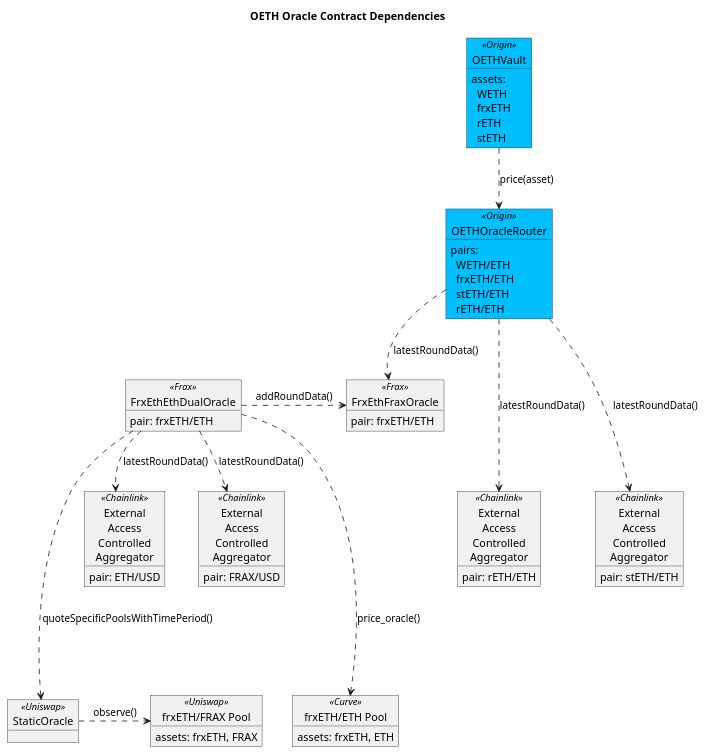
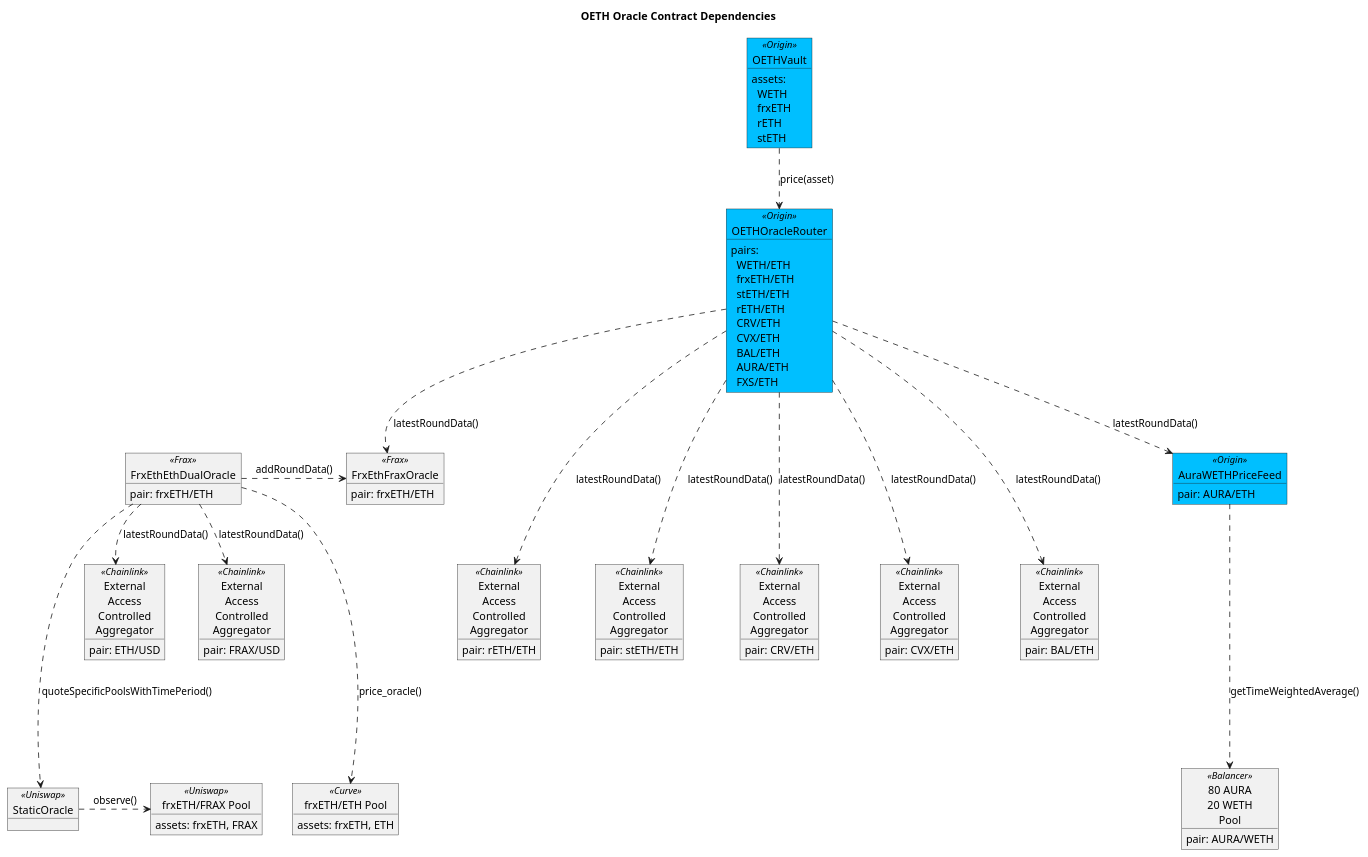
The diagram in contracts/docs/plantuml/oethOracles.puml (OriginProtocol/origin-dollar), drawn with PlantUML before and after one commit. The commit also changed 1 other file, not shown here.

Commit message:
Added CRV, CVX, BAL and Aura prices to OETH Oracle contract dependencies

```diff
--- a/contracts/docs/plantuml/oethOracles.puml
+++ b/contracts/docs/plantuml/oethOracles.puml
@@ -1,70 +1,101 @@
 @startuml
 
 skinparam tabSize 2
 
 title "OETH Oracle Contract Dependencies"
 
 object "OETHVault" as vault <<Origin>> #DeepSkyBlue {
 assets:
     \tWETH
     \tfrxETH
     \trETH
     \tstETH
 }
 
 object "OETHOracleRouter" as router <<Origin>> #DeepSkyBlue {
 pairs:
     \tWETH/ETH
     \tfrxETH/ETH
     \tstETH/ETH
     \trETH/ETH
+    \tCRV/ETH
+    \tCVX/ETH
+    \tBAL/ETH
+    \tAURA/ETH
+    \tFXS/ETH
 }
 
 object "FrxEthFraxOracle" as fo <<Frax>> {
 pair: frxETH/ETH
 }
 
 object "FrxEthEthDualOracle" as fdo <<Frax>> {
 pair: frxETH/ETH
 }
 
 object "External\nAccess\nControlled\nAggregator" as clrETH <<Chainlink>> {
 pair: rETH/ETH
 }
 
 object "External\nAccess\nControlled\nAggregator" as clstETH <<Chainlink>> {
 pair: stETH/ETH
 }
 
 object "External\nAccess\nControlled\nAggregator" as cleth <<Chainlink>> {
 pair: ETH/USD
 }
 
 object "External\nAccess\nControlled\nAggregator" as clfrax <<Chainlink>> {
 pair: FRAX/USD
 }
 
+object "External\nAccess\nControlled\nAggregator" as clcrv <<Chainlink>> {
+pair: CRV/ETH
+}
+
+object "External\nAccess\nControlled\nAggregator" as clcvx <<Chainlink>> {
+pair: CVX/ETH
+}
+
+object "External\nAccess\nControlled\nAggregator" as clbal <<Chainlink>> {
+pair: BAL/ETH
+}
+
 object "frxETH/ETH Pool" as cp <<Curve>> {
 assets: frxETH, ETH
 }
 
 object "StaticOracle" as uso <<Uniswap>> {
 }
 
 object "frxETH/FRAX Pool" as up <<Uniswap>> {
     assets: frxETH, FRAX
 }
 
+object "AuraWETHPriceFeed" as ap <<Origin>> #DeepSkyBlue {
+pair: AURA/ETH
+}
+
+
+object "80 AURA\n20 WETH\nPool" as auraBalPool <<Balancer>> {
+pair: AURA/WETH
+}
+
 
 vault ..> router : price(asset)
 router ...> clrETH : latestRoundData()
 router ...> clstETH : latestRoundData()
+router ...> clcrv : latestRoundData()
+router ...> clcvx : latestRoundData()
+router ...> clbal : latestRoundData()
 router ..> fo : latestRoundData()
+router ..> ap : latestRoundData()
 fdo .> fo : addRoundData()
 fdo ....> cp : price_oracle()
 fdo ....> uso : quoteSpecificPoolsWithTimePeriod()
 uso .> up : observe()
 fdo ..> cleth : latestRoundData()
 fdo ..> clfrax : latestRoundData()
+ap ....> auraBalPool : getTimeWeightedAverage()
 
 @enduml
```
